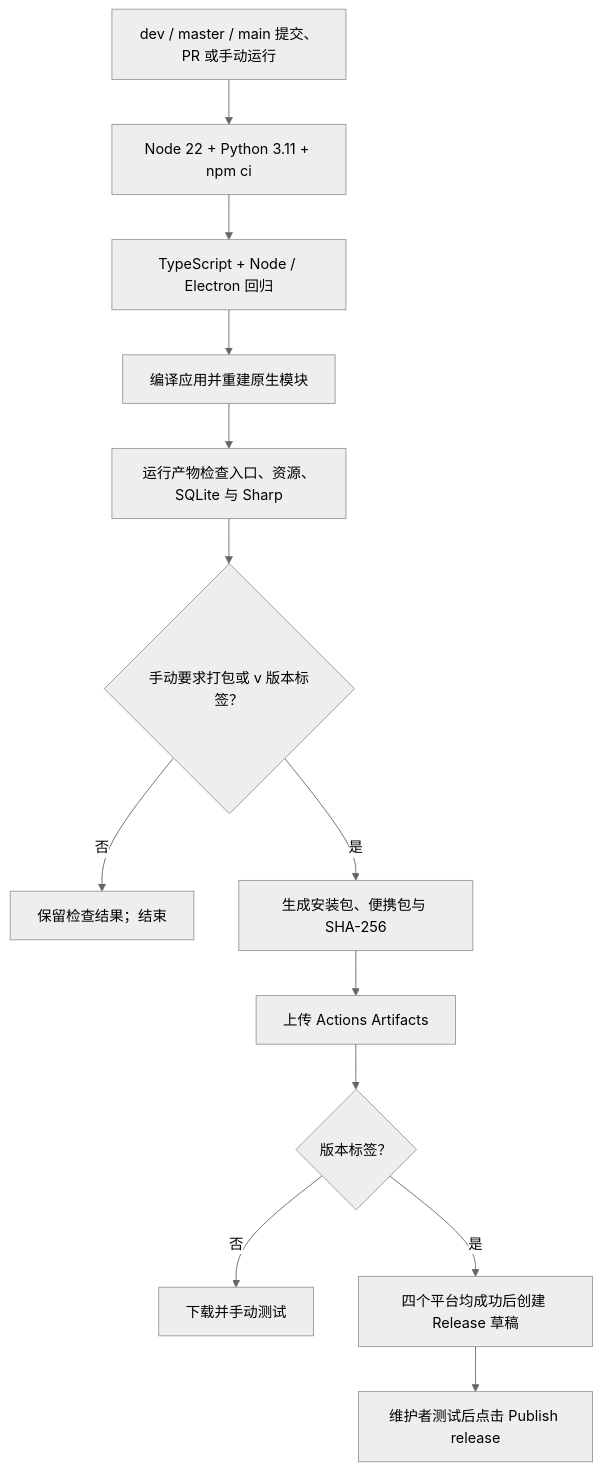
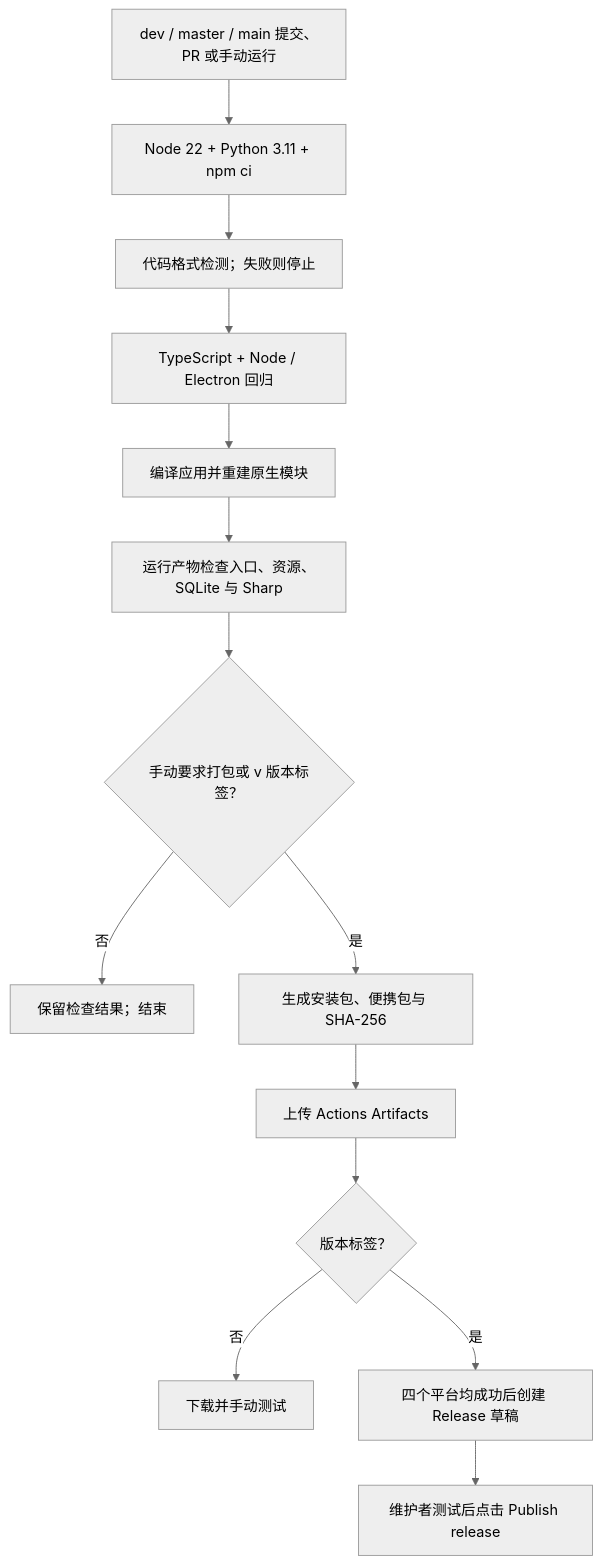
The diagram in release/README.md (Brraida/MusicFreeDesktop), drawn with Mermaid (neutral theme) before and after one commit. The commit also changed other lines of this file and 4 other files, not shown here.

````diff
--- a/release/README.md
+++ b/release/README.md
@@ -7,15 +7,16 @@
 ```mermaid
 flowchart TD
     Commit["dev / master / main 提交、PR 或手动运行"] --> Install["Node 22 + Python 3.11 + npm ci"]
-    Install --> Tests["TypeScript + Node / Electron 回归"]
+    Install --> Format["代码格式检测；失败则停止"]
+    Format --> Tests["TypeScript + Node / Electron 回归"]
     Tests --> Package["编译应用并重建原生模块"]
     Package --> Verify["运行产物检查入口、资源、SQLite 与 Sharp"]
     Verify --> Condition{"手动要求打包或 v 版本标签？"}
     Condition -->|否| Checks["保留检查结果；结束"]
     Condition -->|是| Make["生成安装包、便携包与 SHA-256"]
     Make --> Artifacts["上传 Actions Artifacts"]
     Artifacts --> Tag{"版本标签？"}
     Tag -->|否| Test["下载并手动测试"]
     Tag -->|是| Draft["四个平台均成功后创建 Release 草稿"]
     Draft --> Publish["维护者测试后点击 Publish release"]
 ```
````
